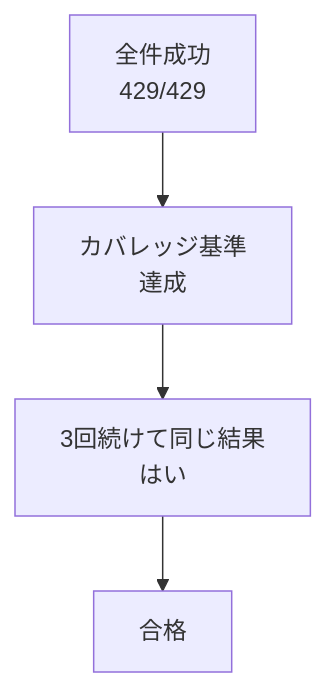
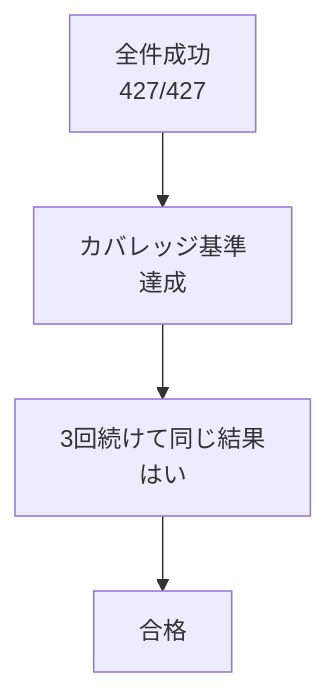
One commit to pocarialice/rpglearning changed the third of 3 diagrams in documents/モジュールテスト結果報告書_RPG学習アプリ.md. Above: the diagram before and after it, drawn with Mermaid. The commit also changed other lines of this file and 1 other file, not shown here.

````diff
--- a/documents/モジュールテスト結果報告書_RPG学習アプリ.md
+++ b/documents/モジュールテスト結果報告書_RPG学習アプリ.md
@@ -993,6 +992,6 @@
 ```mermaid
 flowchart TD
-  A["全件成功<br>429/429"] --> B["カバレッジ基準<br>達成"]
+  A["全件成功<br>427/427"] --> B["カバレッジ基準<br>達成"]
   B --> C["3回続けて同じ結果<br>はい"]
   C --> D["合格"]
 ```
````
